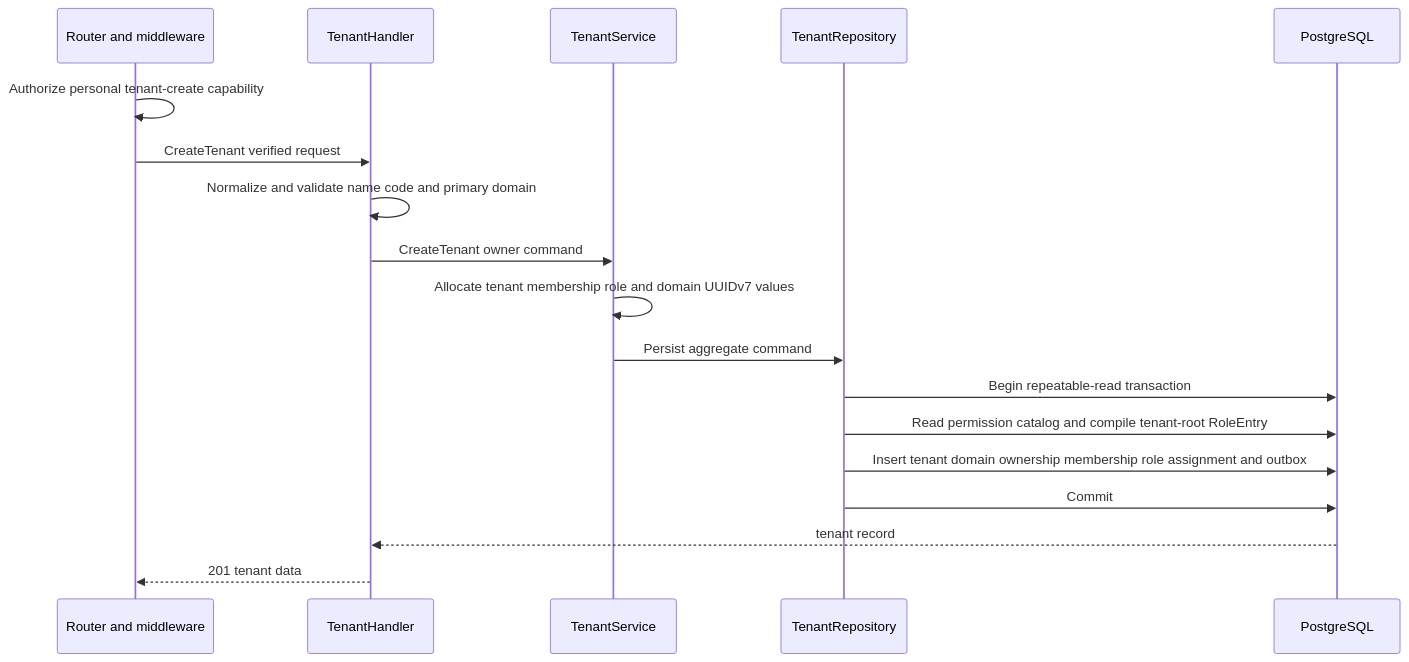
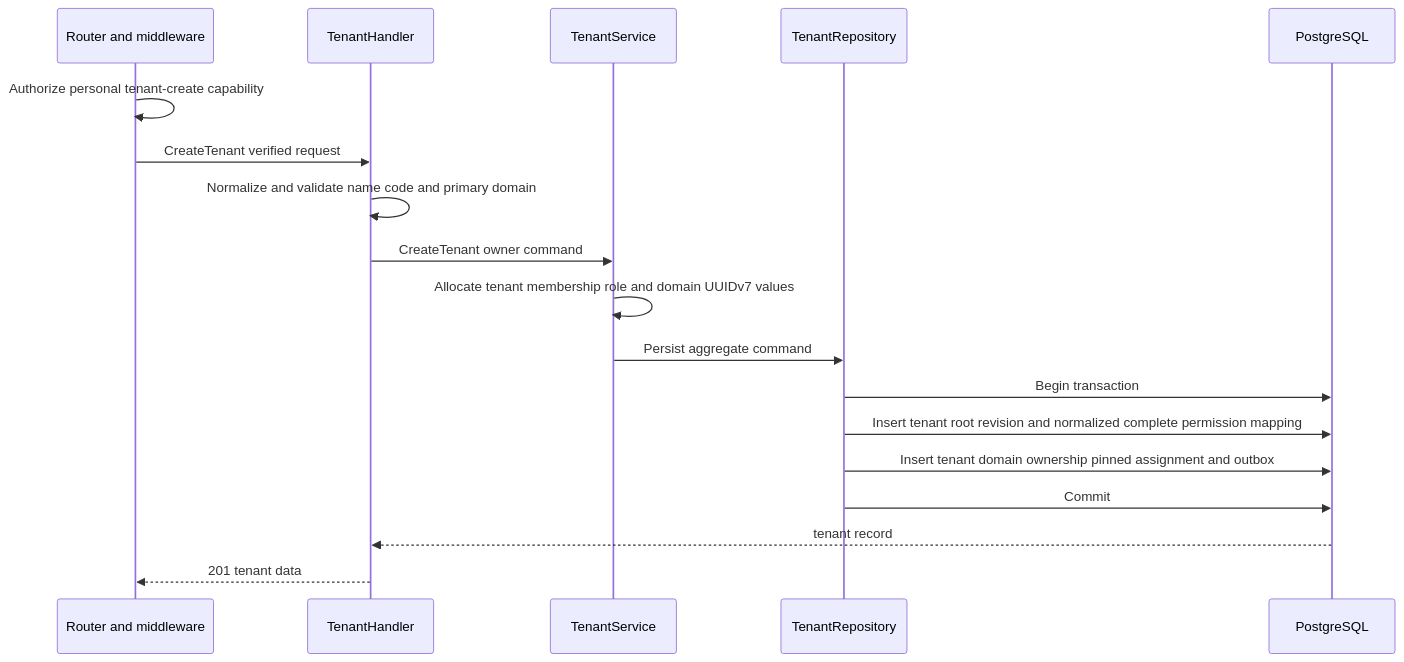
One commit to phucle996/aurora changed the second of 3 diagrams in god_view/hierarchy/tenant_create_god_view_workflow.md. Above: the diagram before and after it, drawn with Mermaid. The commit also changed other lines of this file and 132 other files, not shown here.

Commit message:
refactor(iam): isolate owner workflows and revision tenant RBAC

````diff
--- a/god_view/hierarchy/tenant_create_god_view_workflow.md
+++ b/god_view/hierarchy/tenant_create_god_view_workflow.md
@@ -90,21 +90,21 @@
 ```mermaid
 sequenceDiagram
     participant R as Router and middleware
     participant H as TenantHandler
     participant S as TenantService
     participant P as TenantRepository
     participant PG as PostgreSQL
 
     R->>R: Authorize personal tenant-create capability
     R->>H: CreateTenant verified request
     H->>H: Normalize and validate name code and primary domain
     H->>S: CreateTenant owner command
     S->>S: Allocate tenant membership role and domain UUIDv7 values
     S->>P: Persist aggregate command
-    P->>PG: Begin repeatable-read transaction
-    P->>PG: Read permission catalog and compile tenant-root RoleEntry
-    P->>PG: Insert tenant domain ownership membership role assignment and outbox
+    P->>PG: Begin transaction
+    P->>PG: Insert tenant root revision and normalized complete permission mapping
+    P->>PG: Insert tenant domain ownership pinned assignment and outbox
     P->>PG: Commit
     PG-->>H: tenant record
     H-->>R: 201 tenant data
 ```
````
